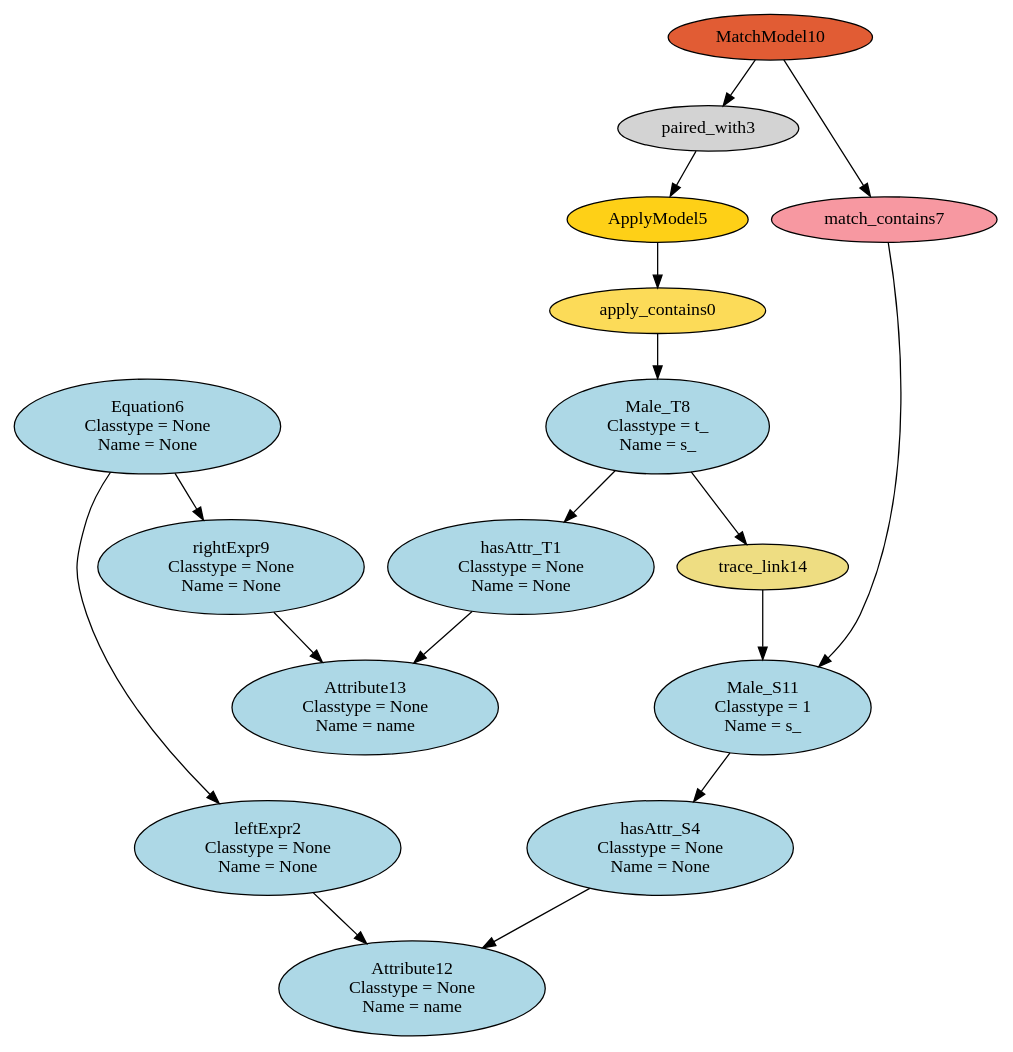
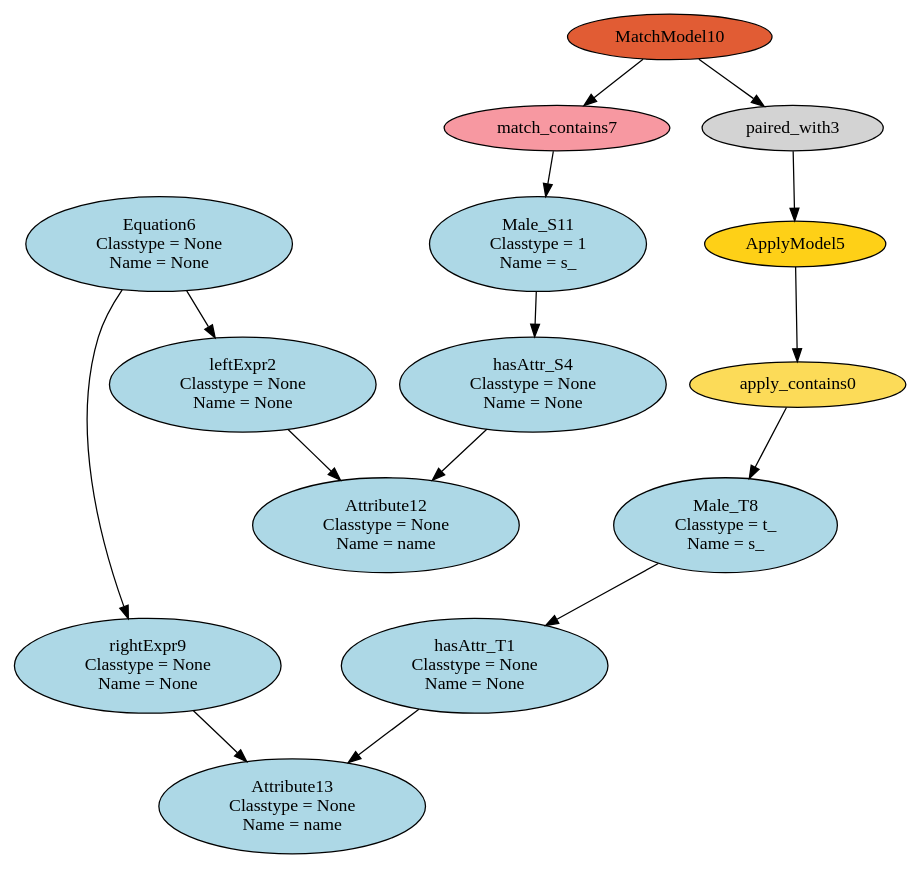
Before and after one commit to levilucio/SyVOLT: the diagram in dot/HEmptyPathCondition_HM2M.dot, drawn with Graphviz. The commit also changed 146 other files, not shown here.

```diff
--- a/dot/HEmptyPathCondition_HM2M.dot
+++ b/dot/HEmptyPathCondition_HM2M.dot
@@ -1,33 +1,30 @@
 digraph HEmptyPathCondition_HM2M {
 apply_contains0 [style=filled, fillcolor="#FCDB58"];
 "hasAttr_T1\n Classtype = None\n Name = None" [style=filled, fillcolor=lightblue];
 "leftExpr2\n Classtype = None\n Name = None" [style=filled, fillcolor=lightblue];
 paired_with3 [style=filled, fillcolor=lightgray];
 "hasAttr_S4\n Classtype = None\n Name = None" [style=filled, fillcolor=lightblue];
 ApplyModel5 [style=filled, fillcolor="#FED017"];
 "Equation6\n Classtype = None\n Name = None" [style=filled, fillcolor=lightblue];
 match_contains7 [style=filled, fillcolor="#F798A1"];
 "Male_T8\n Classtype = t_\n Name = s_" [style=filled, fillcolor=lightblue];
 "rightExpr9\n Classtype = None\n Name = None" [style=filled, fillcolor=lightblue];
 MatchModel10 [style=filled, fillcolor="#E15C34"];
 "Male_S11\n Classtype = 1\n Name = s_" [style=filled, fillcolor=lightblue];
 "Attribute12\n Classtype = None\n Name = name" [style=filled, fillcolor=lightblue];
 "Attribute13\n Classtype = None\n Name = name" [style=filled, fillcolor=lightblue];
-trace_link14 [style=filled, fillcolor=lightgoldenrod];
 ApplyModel5 -> apply_contains0;
 apply_contains0 -> "Male_T8\n Classtype = t_\n Name = s_";
 "Male_T8\n Classtype = t_\n Name = s_" -> "hasAttr_T1\n Classtype = None\n Name = None";
 "hasAttr_T1\n Classtype = None\n Name = None" -> "Attribute13\n Classtype = None\n Name = name";
 "Equation6\n Classtype = None\n Name = None" -> "leftExpr2\n Classtype = None\n Name = None";
 "leftExpr2\n Classtype = None\n Name = None" -> "Attribute12\n Classtype = None\n Name = name";
 MatchModel10 -> paired_with3;
 paired_with3 -> ApplyModel5;
 "Male_S11\n Classtype = 1\n Name = s_" -> "hasAttr_S4\n Classtype = None\n Name = None";
 "hasAttr_S4\n Classtype = None\n Name = None" -> "Attribute12\n Classtype = None\n Name = name";
 "Equation6\n Classtype = None\n Name = None" -> "rightExpr9\n Classtype = None\n Name = None";
 MatchModel10 -> match_contains7;
 match_contains7 -> "Male_S11\n Classtype = 1\n Name = s_";
 "rightExpr9\n Classtype = None\n Name = None" -> "Attribute13\n Classtype = None\n Name = name";
-trace_link14 -> "Male_S11\n Classtype = 1\n Name = s_";
-"Male_T8\n Classtype = t_\n Name = s_" -> trace_link14;
 }
```
